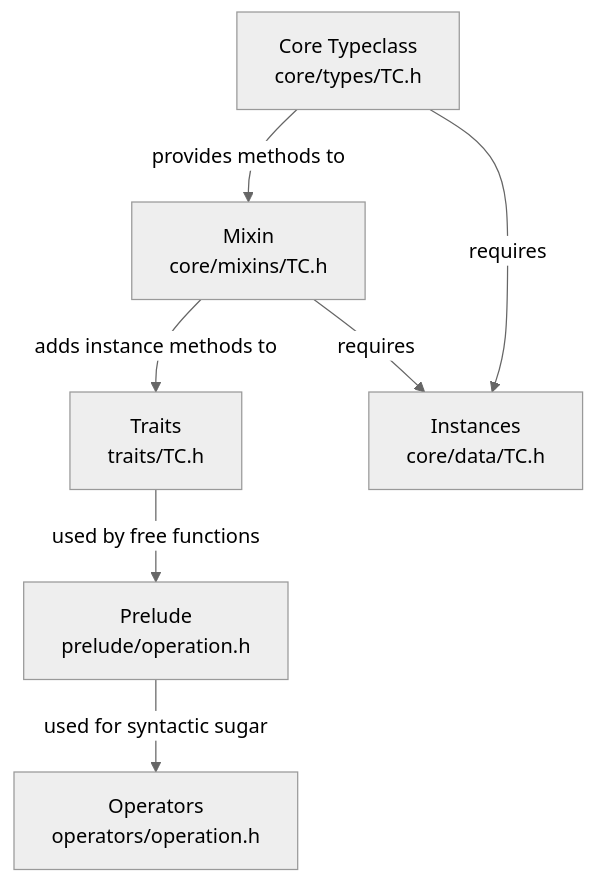
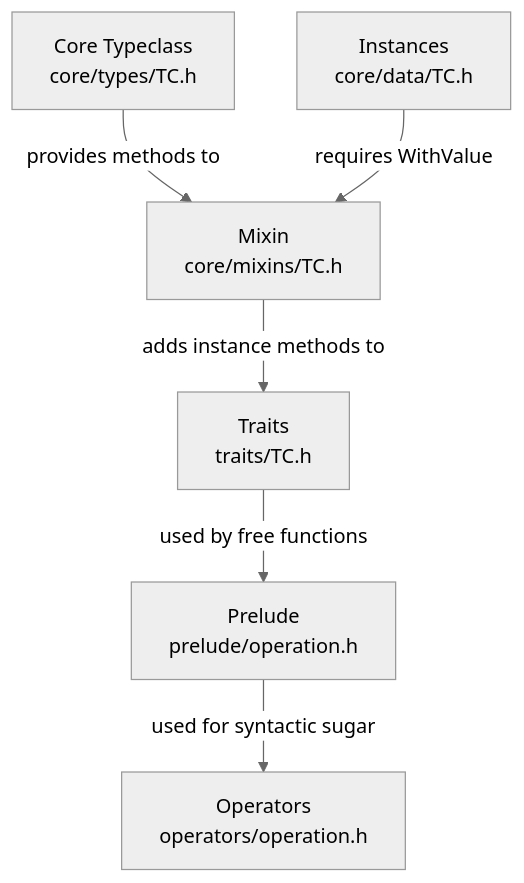
Before and after one commit to mtavkhelidze/fp-plus-plus: the diagram in readme.md, drawn with Mermaid (neutral theme).

````diff
--- a/readme.md
+++ b/readme.md
@@ -50,15 +50,14 @@
 ```mermaid
 flowchart TD
     Core[Core Typeclass<br/>core/types/TC.h]
     Data[Instances<br/>core/data/TC.h]
     Mixin[Mixin<br/>core/mixins/TC.h]
     Traits[Traits<br/>traits/TC.h]
     Prelude[Prelude<br/>prelude/operation.h]
     Operators[Operators<br/>operators/operation.h]
     Core -->|provides methods to| Mixin
     Mixin -->|adds instance methods to| Traits
     Traits -->|used by free functions| Prelude
     Prelude -->|used for syntactic sugar| Operators
-    Mixin -->|requires| Data
-    Core -->|requires| Data
+    Data -->|requires WithValue| Mixin
 ```
````
